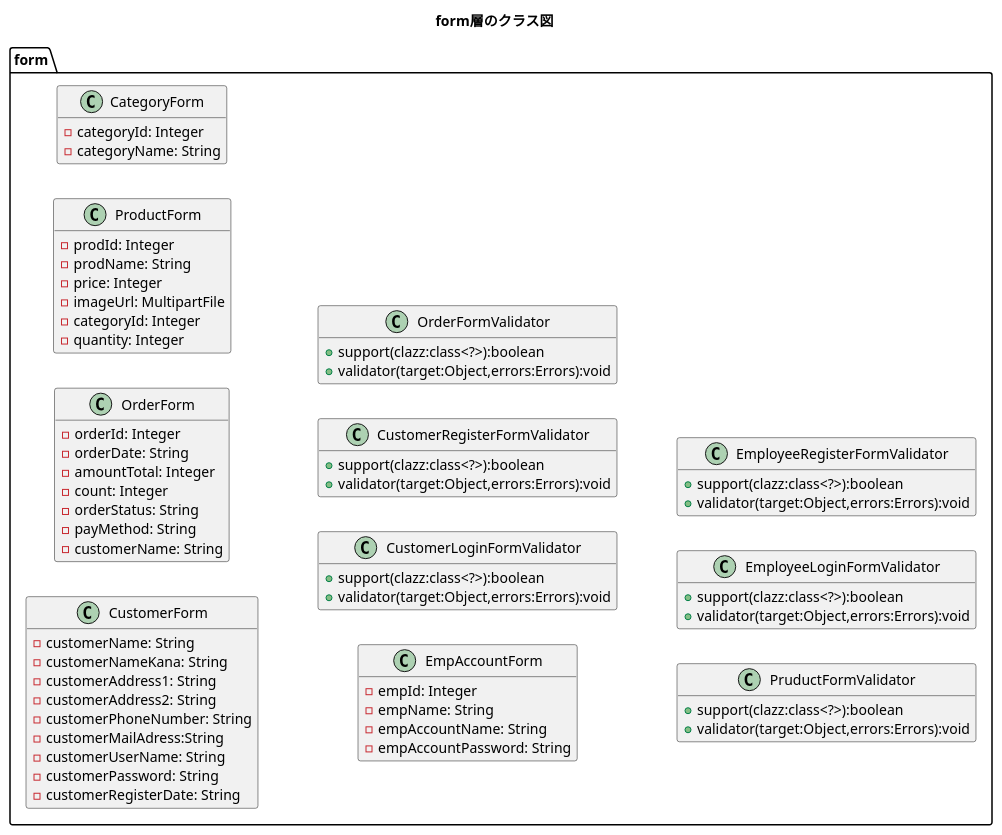
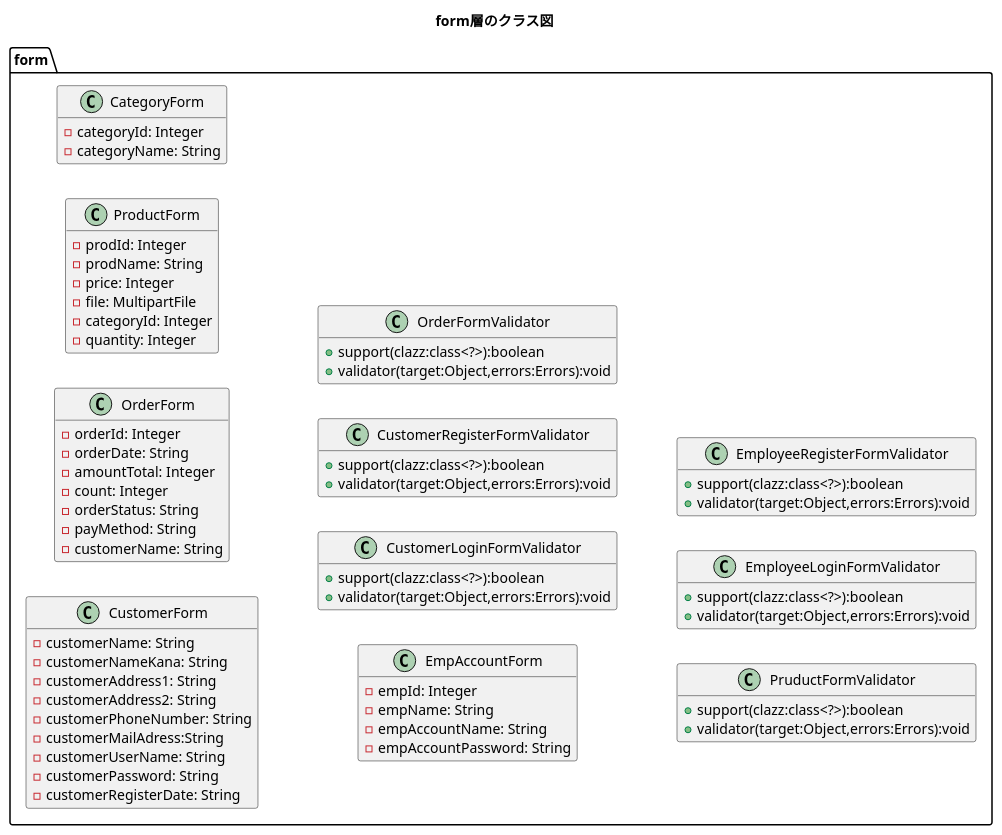
The diagram in plan/uml/class/form.plantuml (kanavii3333/ec-b), drawn with PlantUML before and after one commit.

Commit message:
属性名の変更

```diff
--- a/plan/uml/class/form.plantuml
+++ b/plan/uml/class/form.plantuml
@@ -1,82 +1,82 @@
 @startuml
 title form層のクラス図
 hide empty members
 left to right direction
 
 package form{
 
     class CustomerForm{
         -customerName: String
         -customerNameKana: String
         -customerAddress1: String
         -customerAddress2: String
         -customerPhoneNumber: String
         -customerMailAdress:String
         -customerUserName: String
         -customerPassword: String
         -customerRegisterDate: String
     }
 
     class OrderForm{
         -orderId: Integer
         -orderDate: String
         -amountTotal: Integer
         -count: Integer
         -orderStatus: String
         -payMethod: String
         -customerName: String
     }
 
     class ProductForm{
         -prodId: Integer
         -prodName: String
         -price: Integer
-        -imageUrl: MultipartFile
+        -file: MultipartFile
         -categoryId: Integer
         -quantity: Integer
     }
     
     class CategoryForm{
         -categoryId: Integer
         -categoryName: String
     }
 	
 	
 	class EmpAccountForm{
 		-empId: Integer
 		-empName: String
 		-empAccountName: String
         -empAccountPassword: String
 	}
     
     class CustomerLoginFormValidator{
 		+support(clazz:class<?>):boolean
 		+validator(target:Object,errors:Errors):void
     }
 
     class CustomerRegisterFormValidator{
 		+support(clazz:class<?>):boolean
 		+validator(target:Object,errors:Errors):void
     }
     
     class OrderFormValidator{
 		+support(clazz:class<?>):boolean
 		+validator(target:Object,errors:Errors):void
     }
     
     class PruductFormValidator{
 		+support(clazz:class<?>):boolean
 		+validator(target:Object,errors:Errors):void
     }
     
     class EmployeeLoginFormValidator{
 		+support(clazz:class<?>):boolean
 		+validator(target:Object,errors:Errors):void
     }
 
     class EmployeeRegisterFormValidator{
 		+support(clazz:class<?>):boolean
 		+validator(target:Object,errors:Errors):void
     }
 }
 @enduml
```
